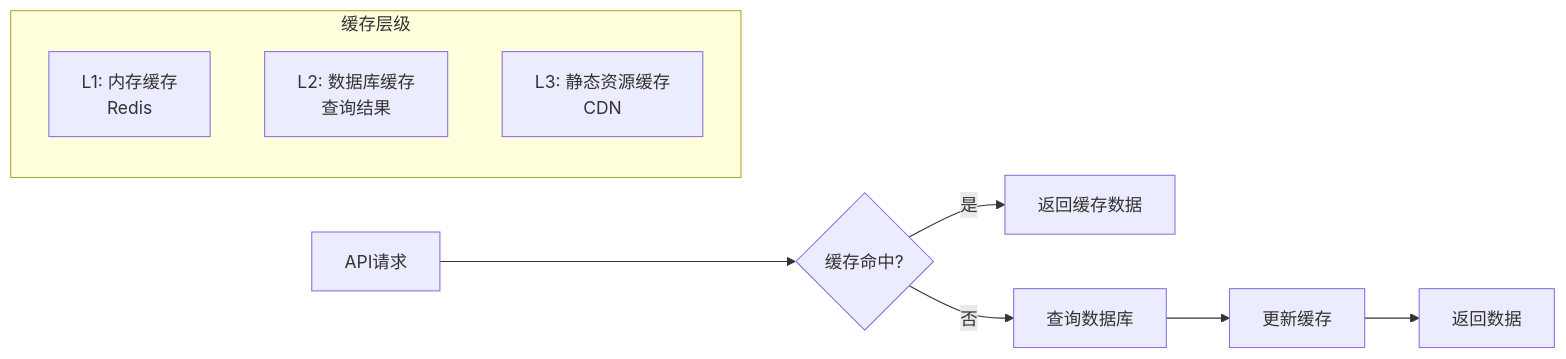
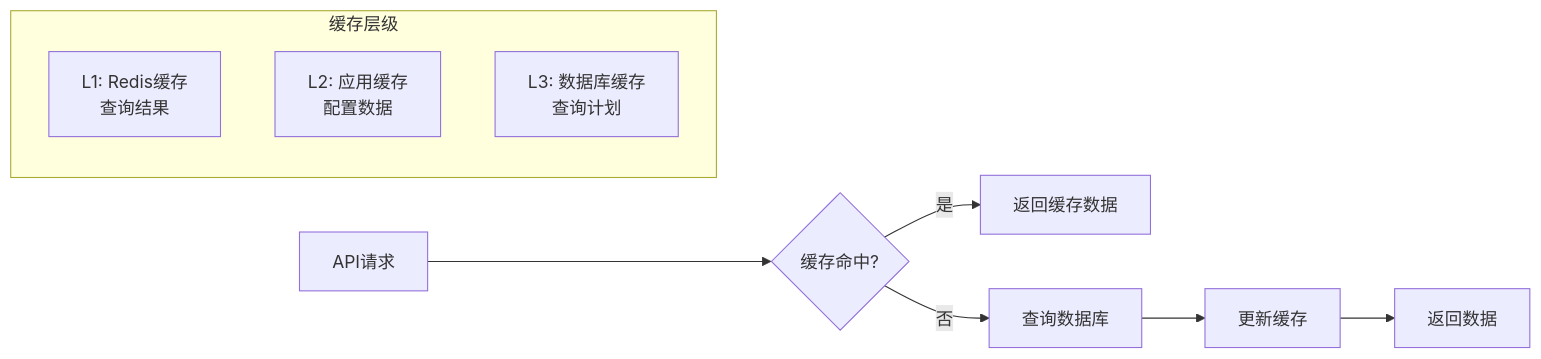
One commit to nyealovey/WhaleFall changed the eighth of 11 diagrams in docs/architecture/spec.md. Above: the diagram before and after it, drawn with Mermaid. The commit also changed other lines of this file and 13 other files, not shown here.

````diff
--- a/docs/architecture/spec.md
+++ b/docs/architecture/spec.md
@@ -599,14 +701,14 @@
 ```mermaid
 graph LR
     A[API请求] --> B{缓存命中?}
     B -->|是| C[返回缓存数据]
     B -->|否| D[查询数据库]
     D --> E[更新缓存]
     E --> F[返回数据]
     
     subgraph "缓存层级"
-        G[L1: 内存缓存<br/>Redis]
-        H[L2: 数据库缓存<br/>查询结果]
-        I[L3: 静态资源缓存<br/>CDN]
+        G[L1: Redis缓存<br/>查询结果]
+        H[L2: 应用缓存<br/>配置数据]
+        I[L3: 数据库缓存<br/>查询计划]
     end
 ```
````
